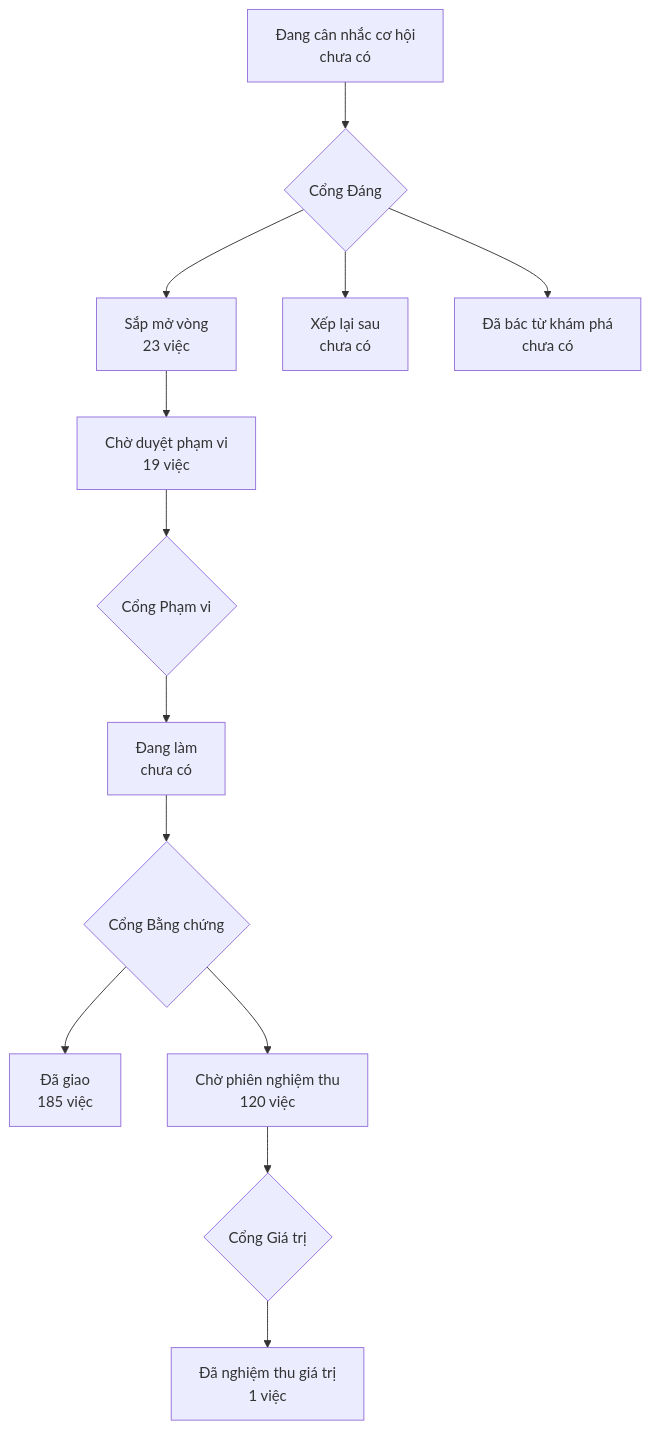
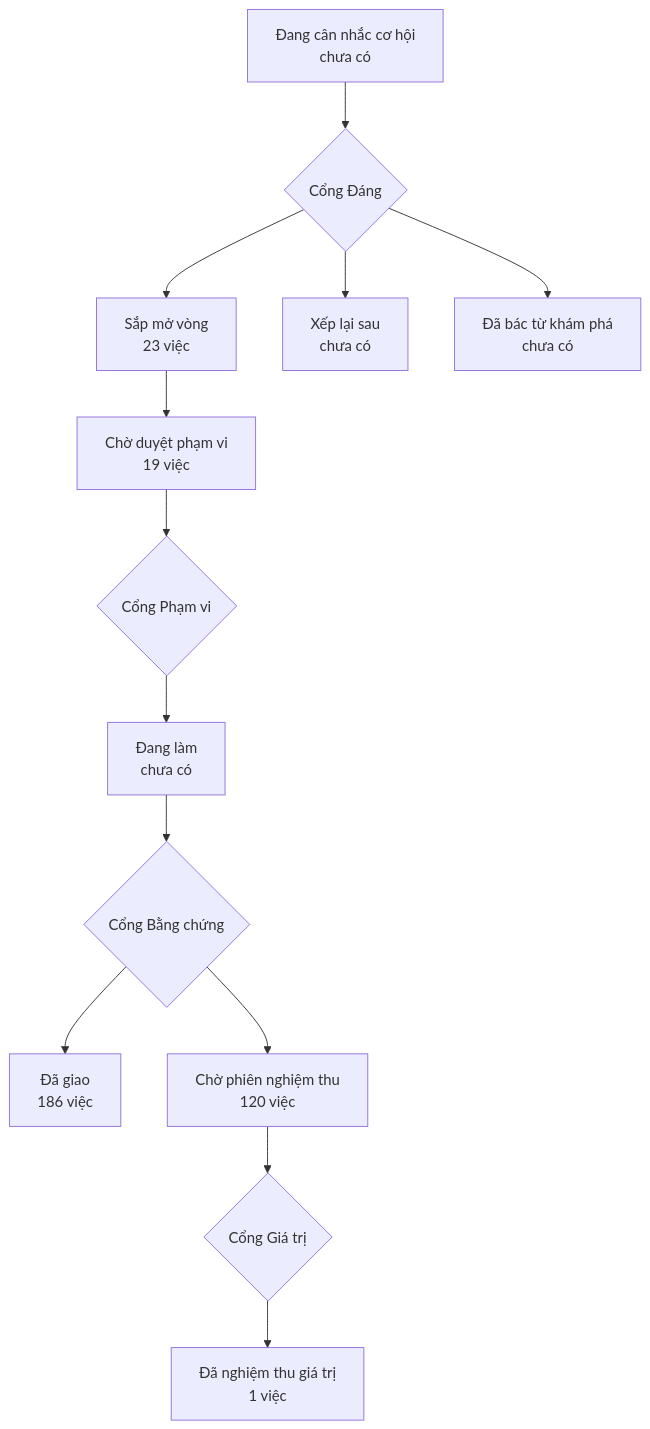
One commit to phanlemanh/onehub-invest changed the diagram in PRODUCT-MAP.md. Above: the diagram before and after it, drawn with Mermaid. The commit also changed other lines of this file and 19 other files, not shown here.

````diff
--- a/PRODUCT-MAP.md
+++ b/PRODUCT-MAP.md
@@ -7,12 +7,12 @@
 ```mermaid
 flowchart TD
   A["Đang cân nhắc cơ hội<br/>chưa có"] --> GD{"Cổng Đáng"}
   GD --> B["Sắp mở vòng<br/>23 việc"]
   GD --> XL["Xếp lại sau<br/>chưa có"]
   GD --> DB["Đã bác từ khám phá<br/>chưa có"]
   B --> CD["Chờ duyệt phạm vi<br/>19 việc"] --> GP{"Cổng Phạm vi"}
   GP --> DL["Đang làm<br/>chưa có"] --> GB{"Cổng Bằng chứng"}
-  GB --> DG["Đã giao<br/>185 việc"]
+  GB --> DG["Đã giao<br/>186 việc"]
   GB --> CN["Chờ phiên nghiệm thu<br/>120 việc"] --> GG{"Cổng Giá trị"}
   GG --> NT["Đã nghiệm thu giá trị<br/>1 việc"]
 ```
````
